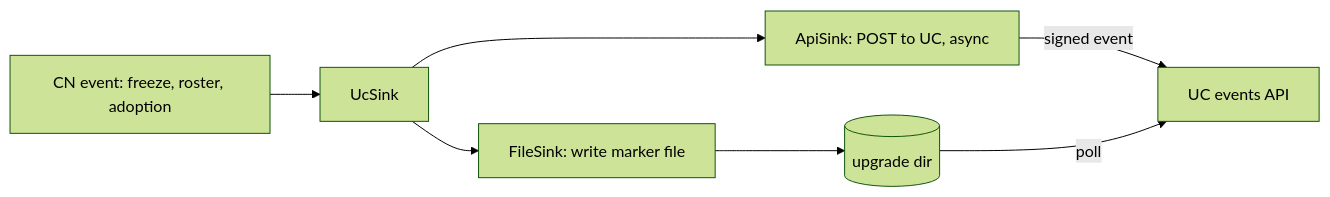
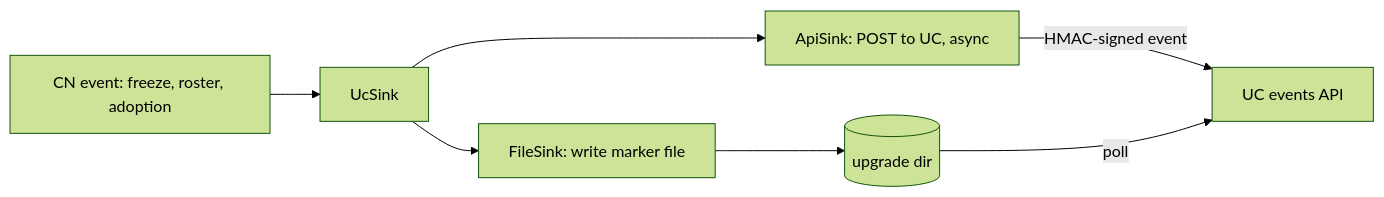
One commit to hashgraph/solo-operator changed the first of 2 diagrams in docs/design/dab-notification-sinks.md. Above: the diagram before and after it, drawn with Mermaid (forest theme). The commit also changed other lines of this file, not shown here.

First line of the commit message:
docs(design): authenticate the CN events API with an HMAC from a shared secret

````diff
--- a/docs/design/dab-notification-sinks.md
+++ b/docs/design/dab-notification-sinks.md
@@ -61,9 +58,9 @@
 ```mermaid
 flowchart LR
     E[CN event: freeze, roster, adoption] --> U[UcSink]
     U --> F[FileSink: write marker file]
     U --> A[ApiSink: POST to UC, async]
     F --> D[(upgrade dir)]
-    A -->|signed event| UC[UC events API]
+    A -->|HMAC-signed event| UC[UC events API]
     D -->|poll| UC
 ```
````
